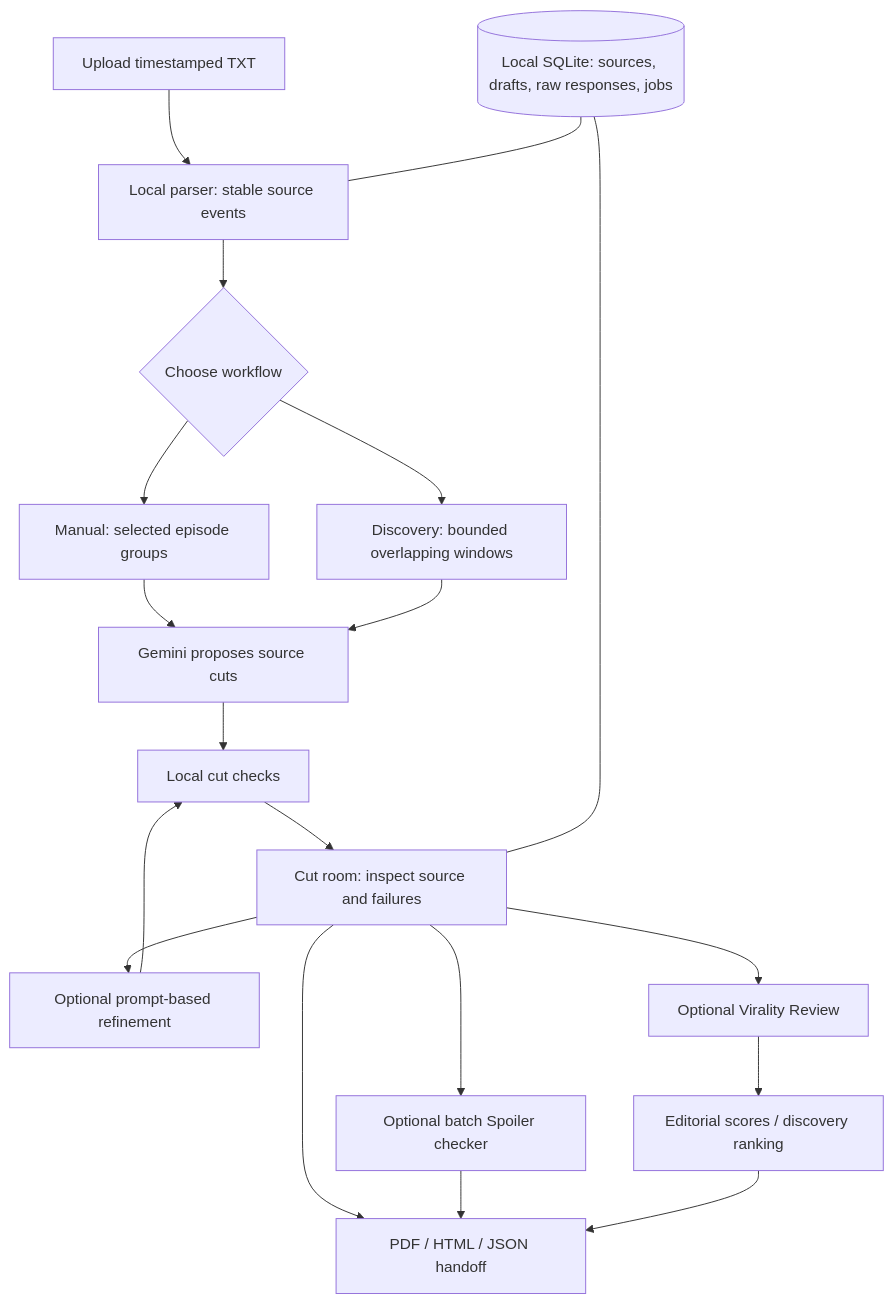
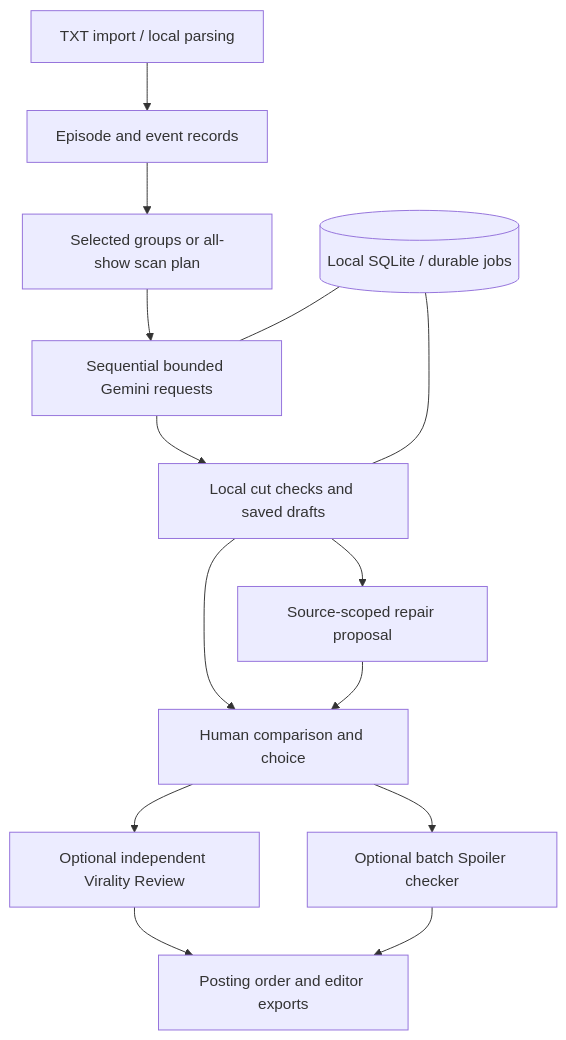
One commit to deep-rubiks003/promo-studio changed the diagram in README.md. Above: the diagram before and after it, drawn with Mermaid. The commit also changed other lines of this file and 35 other files, not shown here.

Commit message:
Update full-show studio, human repair choices, reviews and solution guide

````diff
--- a/README.md
+++ b/README.md
@@ -101,21 +69,16 @@
 ```mermaid
 flowchart TD
-    A[Upload timestamped TXT] --> B[Local parser: stable source events]
-    B --> C{Choose workflow}
-    C --> D[Manual: selected episode groups]
-    C --> E[Discovery: bounded overlapping windows]
-    D --> F[Gemini proposes source cuts]
-    E --> F
-    F --> G[Local cut checks]
-    G --> H[Cut room: inspect source and failures]
-    H --> I[Optional prompt-based refinement]
-    I --> G
-    H --> J[Optional Virality Review]
-    H --> K[Optional batch Spoiler checker]
-    J --> L[Editorial scores / discovery ranking]
-    H --> M[PDF / HTML / JSON handoff]
-    K --> M
-    L --> M
-    N[(Local SQLite: sources, drafts, raw responses, jobs)] --- B
-    N --- H
+ A[TXT import / local parsing] --> B[Episode and event records]
+ B --> C[Selected groups or all-show scan plan]
+ C --> D[Sequential bounded Gemini requests]
+ D --> E[Local cut checks and saved drafts]
+ E --> F[Human comparison and choice]
+ E --> G[Source-scoped repair proposal]
+ G --> F
+ F --> H[Optional independent Virality Review]
+ F --> I[Optional batch Spoiler checker]
+ H --> J[Posting order and editor exports]
+ I --> J
+ K[(Local SQLite / durable jobs)] --- E
+ K --- D
 ```
````
